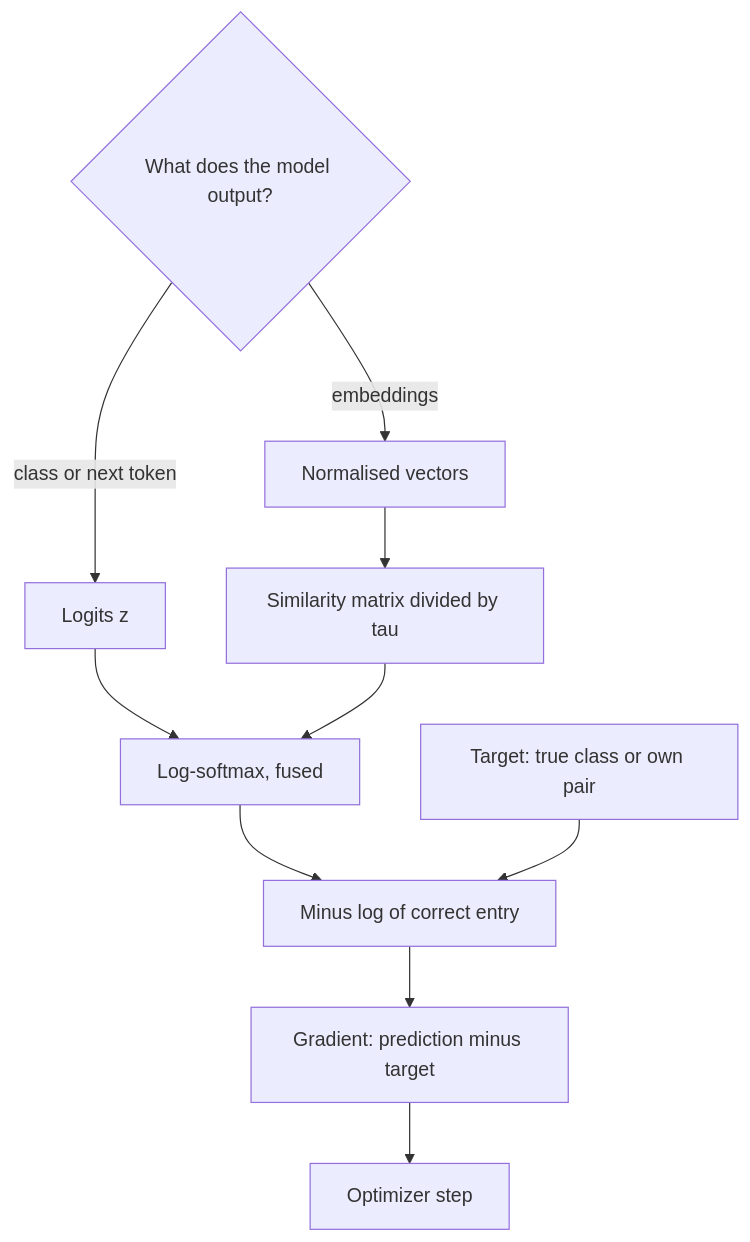
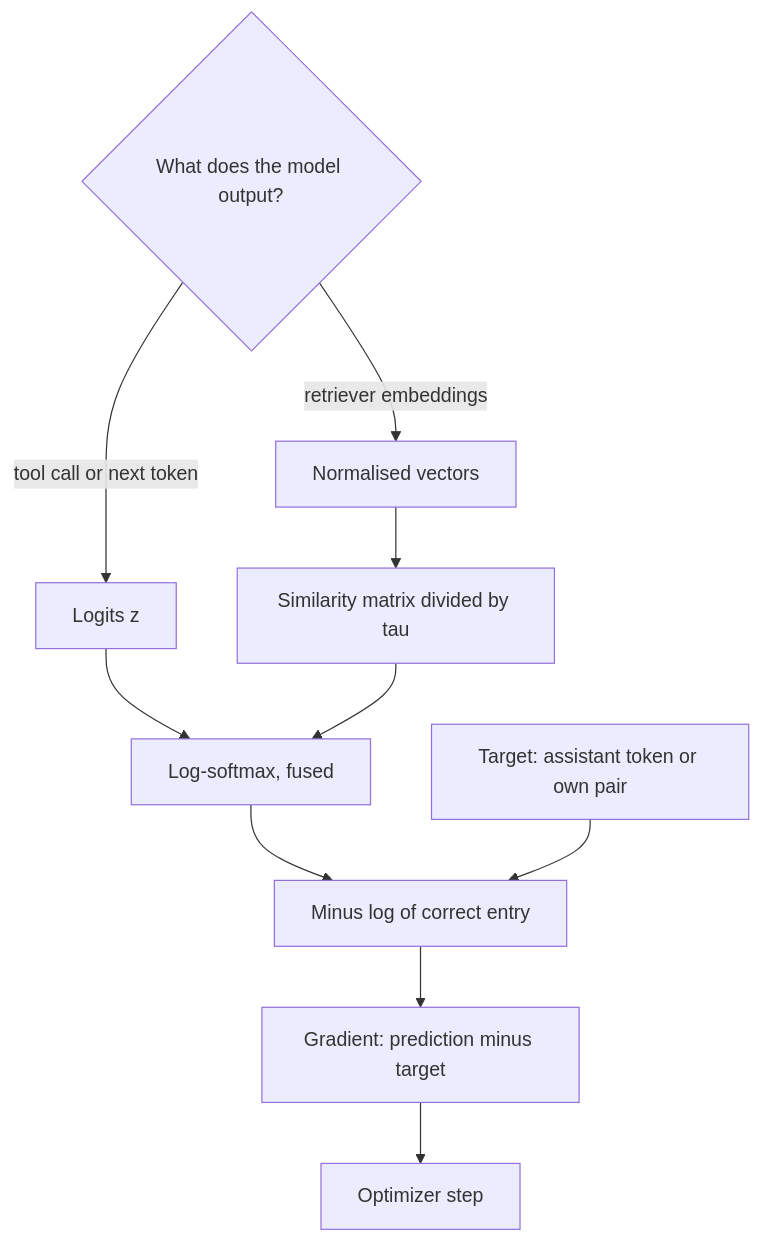
One commit to lovishmahajan97/agentic-learning changed the diagram in content/ml-fundamentals/loss-functions.md. Above: the diagram before and after it, drawn with Mermaid. The commit also changed other lines of this file and 485 other files, not shown here.

````diff
--- a/content/ml-fundamentals/loss-functions.md
+++ b/content/ml-fundamentals/loss-functions.md
@@ -130,12 +156,12 @@
 ```mermaid
 flowchart TD
-    O{"What does the model output?"} -->|"class or next token"| LG["Logits z"]
-    O -->|"embeddings"| EM["Normalised vectors"]
+    O{"What does the model output?"} -->|"tool call or next token"| LG["Logits z"]
+    O -->|"retriever embeddings"| EM["Normalised vectors"]
     EM --> SIM["Similarity matrix divided by tau"]
     LG --> SM["Log-softmax, fused"]
     SIM --> SM
     SM --> CE["Minus log of correct entry"]
-    T["Target: true class or own pair"] --> CE
+    T["Target: assistant token or own pair"] --> CE
     CE --> G["Gradient: prediction minus target"]
     G --> U["Optimizer step"]
 ```
````
